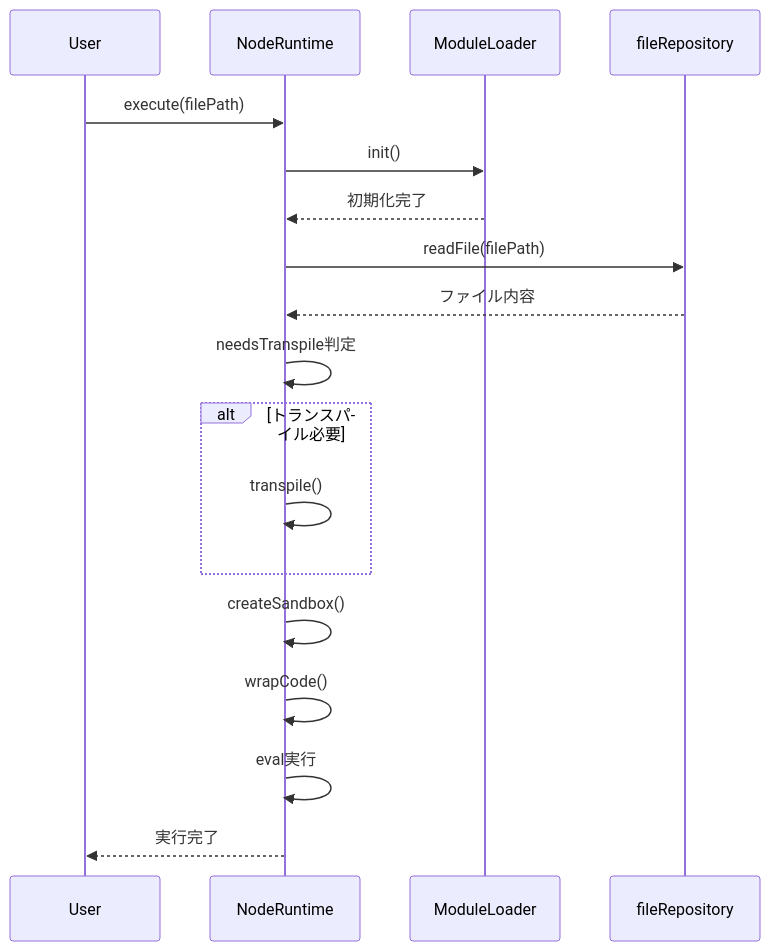
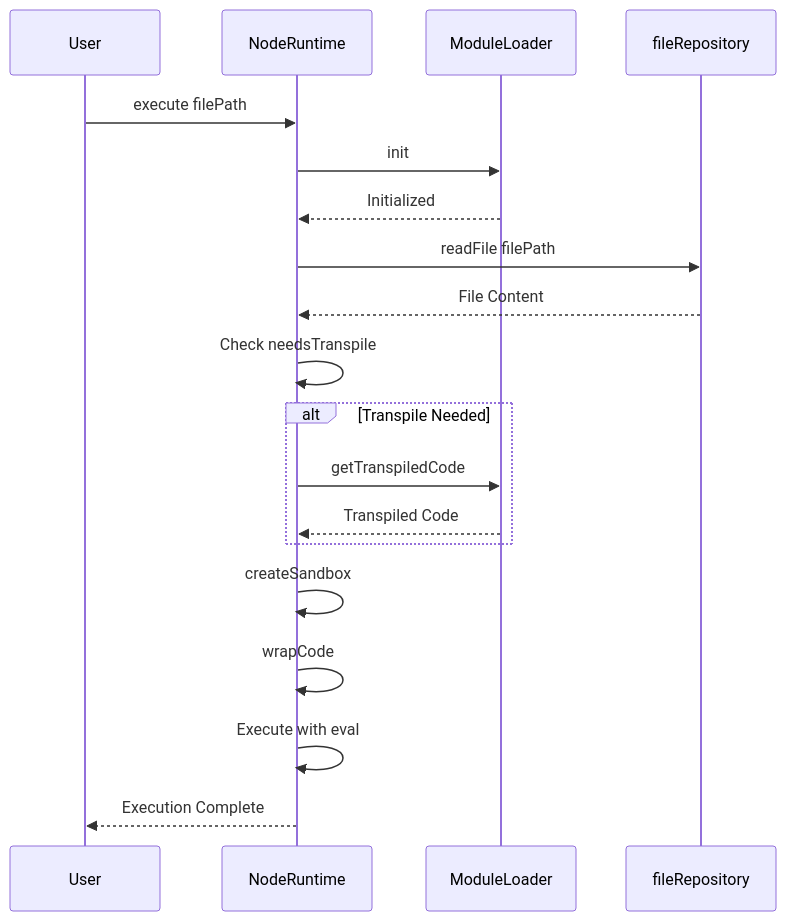
The second of 12 diagrams in docs/NODE-RUNTIME.md (Stasshe/Pyxis-CodeCanvas), drawn with Mermaid before and after one commit. The commit also changed other lines of this file, not shown here.

Commit message:
Implement code changes to enhance functionality and improve performance

````diff
--- a/docs/NODE-RUNTIME.md
+++ b/docs/NODE-RUNTIME.md
@@ -101,26 +104,27 @@
 ```mermaid
 sequenceDiagram
     participant User
     participant Runtime as NodeRuntime
     participant Loader as ModuleLoader
     participant FileRepo as fileRepository
     
-    User->>Runtime: execute(filePath)
-    Runtime->>Loader: init()
-    Loader-->>Runtime: 初期化完了
+    User->>Runtime: execute filePath
+    Runtime->>Loader: init
+    Loader-->>Runtime: Initialized
     
-    Runtime->>FileRepo: readFile(filePath)
-    FileRepo-->>Runtime: ファイル内容
+    Runtime->>FileRepo: readFile filePath
+    FileRepo-->>Runtime: File Content
     
-    Runtime->>Runtime: needsTranspile判定
+    Runtime->>Runtime: Check needsTranspile
     
-    alt トランスパイル必要
-        Runtime->>Runtime: transpile()
+    alt Transpile Needed
+        Runtime->>Loader: getTranspiledCode
+        Loader-->>Runtime: Transpiled Code
     end
     
-    Runtime->>Runtime: createSandbox()
-    Runtime->>Runtime: wrapCode()
-    Runtime->>Runtime: eval実行
+    Runtime->>Runtime: createSandbox
+    Runtime->>Runtime: wrapCode
+    Runtime->>Runtime: Execute with eval
     
-    Runtime-->>User: 実行完了
+    Runtime-->>User: Execution Complete
 ```
````
